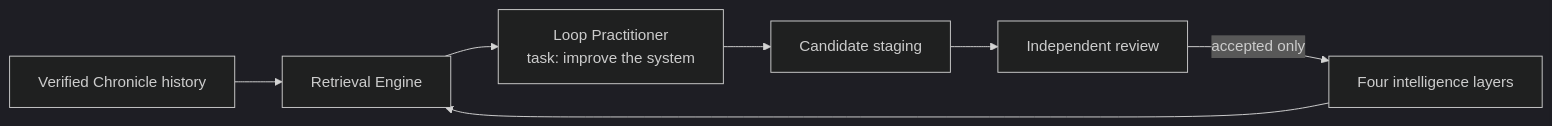
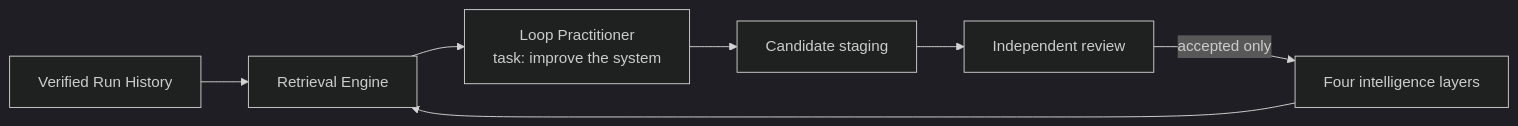
One commit to alisonjieli-png/loop-engine changed the diagram in docs/components/self-improvement/README.md. Above: the diagram before and after it, drawn with Mermaid (dark theme). The commit also changed other lines of this file and 448 other files, not shown here.

Commit message:
checkpoint: consolidate Loop Engine architecture and evidence

````diff
--- a/docs/components/self-improvement/README.md
+++ b/docs/components/self-improvement/README.md
@@ -14,9 +14,9 @@
 ```mermaid
 flowchart LR
-    H[Verified Chronicle history] --> R[Retrieval Engine]
+    H[Verified Run History] --> R[Retrieval Engine]
     I[Four intelligence layers] --> R
     R --> L[Loop Practitioner<br/>task: improve the system]
     L --> C[Candidate staging]
     C --> V[Independent review]
     V -->|accepted only| I
 ```
````
